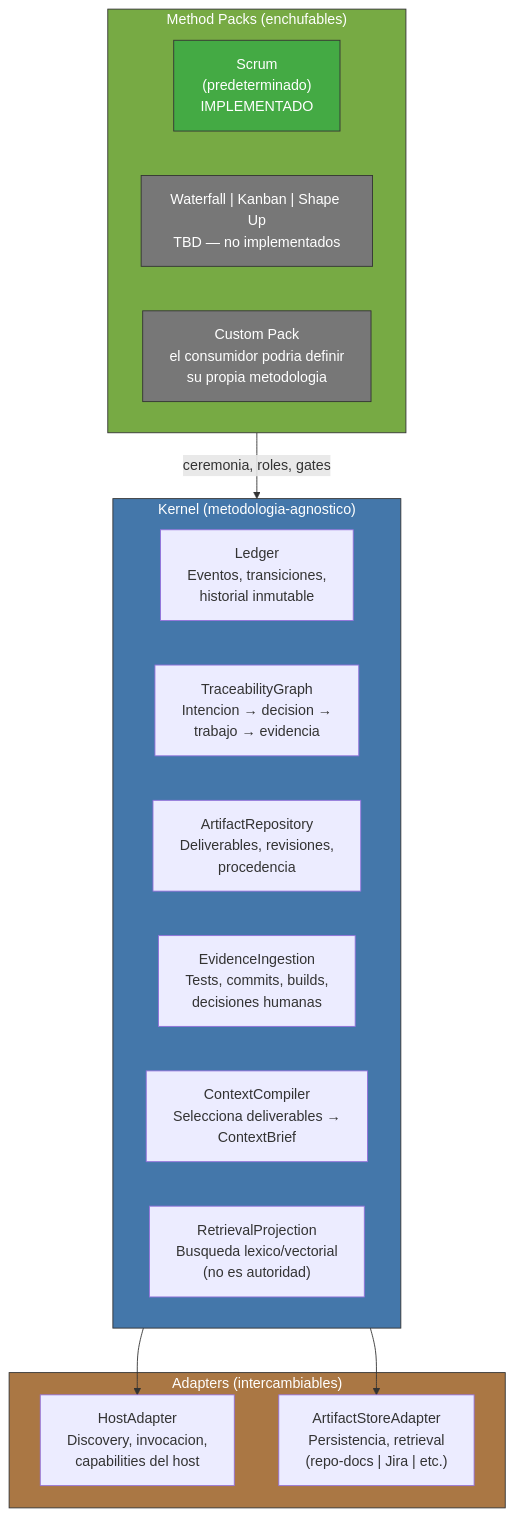
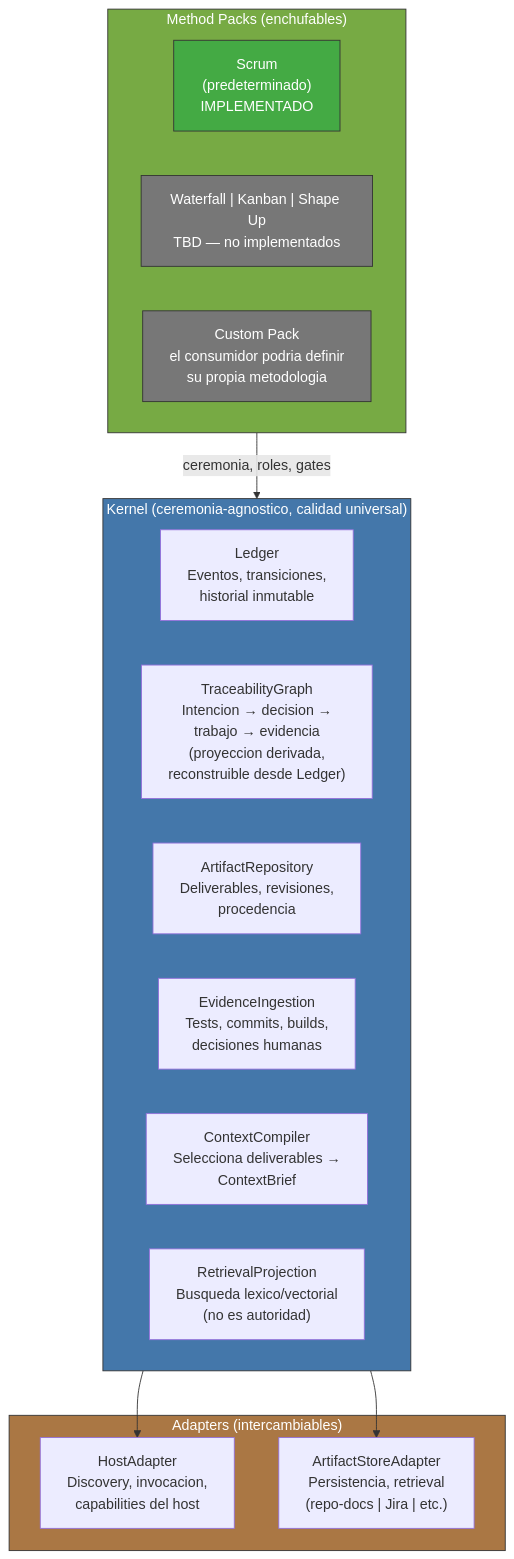
The ninth of 47 diagrams in principia/overview.md (virgenherrera/virgil), drawn with Mermaid before and after one commit. The commit also changed other lines of this file, not shown here.

````diff
--- a/principia/overview.md
+++ b/principia/overview.md
@@ -292,32 +387,32 @@
 ```mermaid
 flowchart TD
-    subgraph KERNEL["Kernel (metodologia-agnostico)"]
+    subgraph KERNEL["Kernel (ceremonia-agnostico, calidad universal)"]
         LEDGER["Ledger\nEventos, transiciones,\nhistorial inmutable"]
-        TRACER["TraceabilityGraph\nIntencion → decision →\ntrabajo → evidencia"]
+        TRACER["TraceabilityGraph\nIntencion → decision →\ntrabajo → evidencia\n(proyeccion derivada,\nreconstruible desde Ledger)"]
         REPO["ArtifactRepository\nDeliverables, revisiones,\nprocedencia"]
         EVIDENCE["EvidenceIngestion\nTests, commits, builds,\ndecisiones humanas"]
         CONTEXT["ContextCompiler\nSelecciona deliverables →\nContextBrief"]
         RAG["RetrievalProjection\nBusqueda lexico/vectorial\n(no es autoridad)"]
     end
 
     subgraph ADAPTERS["Adapters (intercambiables)"]
         HA["HostAdapter\nDiscovery, invocacion,\ncapabilities del host"]
         ASA["ArtifactStoreAdapter\nPersistencia, retrieval\n(repo-docs | Jira | etc.)"]
     end
 
     subgraph PACKS["Method Packs (enchufables)"]
         SCRUM["Scrum\n(predeterminado)\nIMPLEMENTADO"]
         TBD["Waterfall | Kanban | Shape Up\nTBD — no implementados"]
         CUSTOM["Custom Pack\nel consumidor podria definir\nsu propia metodologia"]
     end
 
     KERNEL --> HA & ASA
     PACKS -->|"ceremonia, roles, gates"| KERNEL
 
     style KERNEL fill:#47a,stroke:#333,color:#fff
     style ADAPTERS fill:#a74,stroke:#333,color:#fff
     style PACKS fill:#7a4,stroke:#333,color:#fff
     style SCRUM fill:#4a4,stroke:#333,color:#fff
     style TBD fill:#777,stroke:#333,color:#fff
     style CUSTOM fill:#777,stroke:#333,color:#fff
 ```
````
